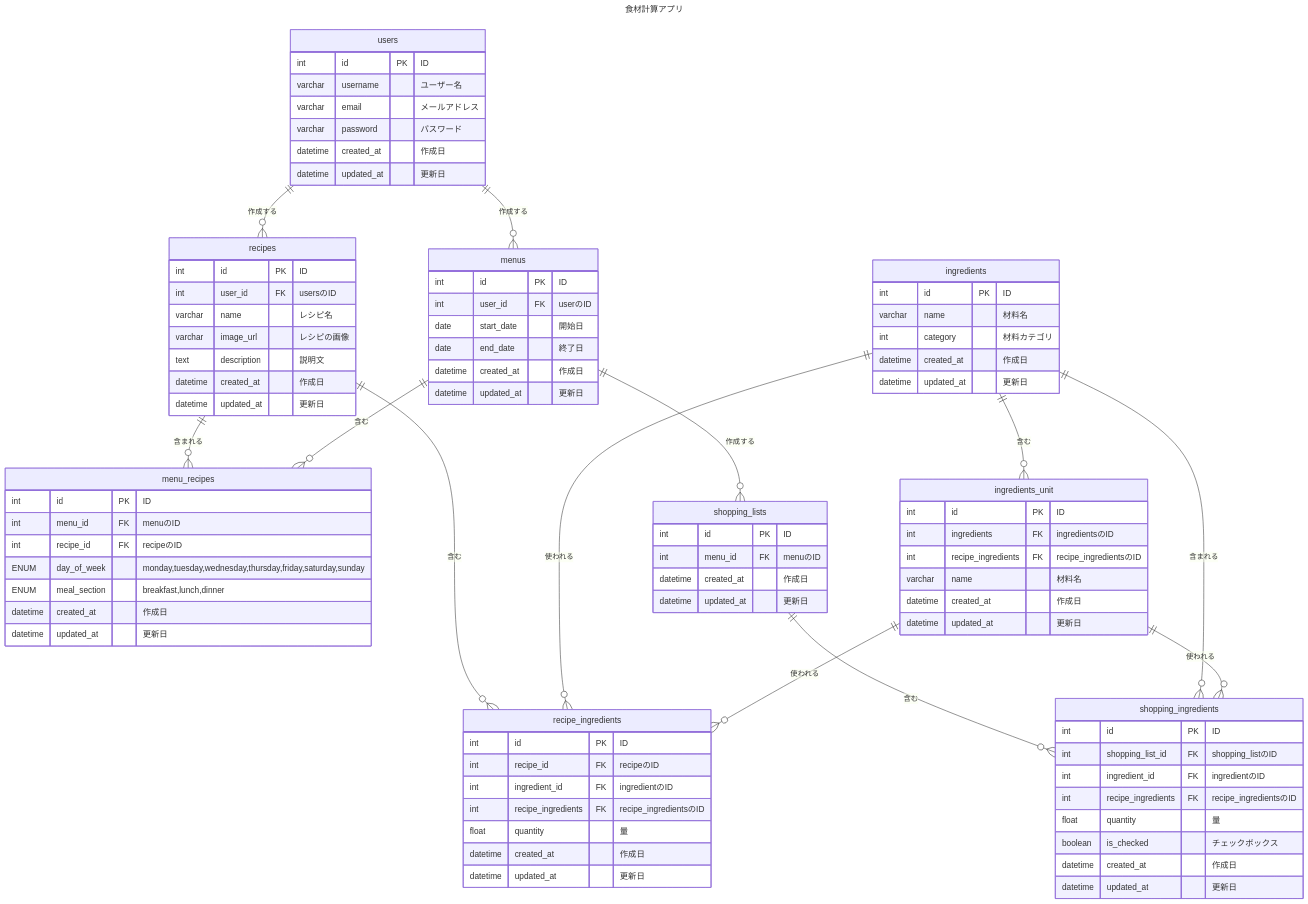
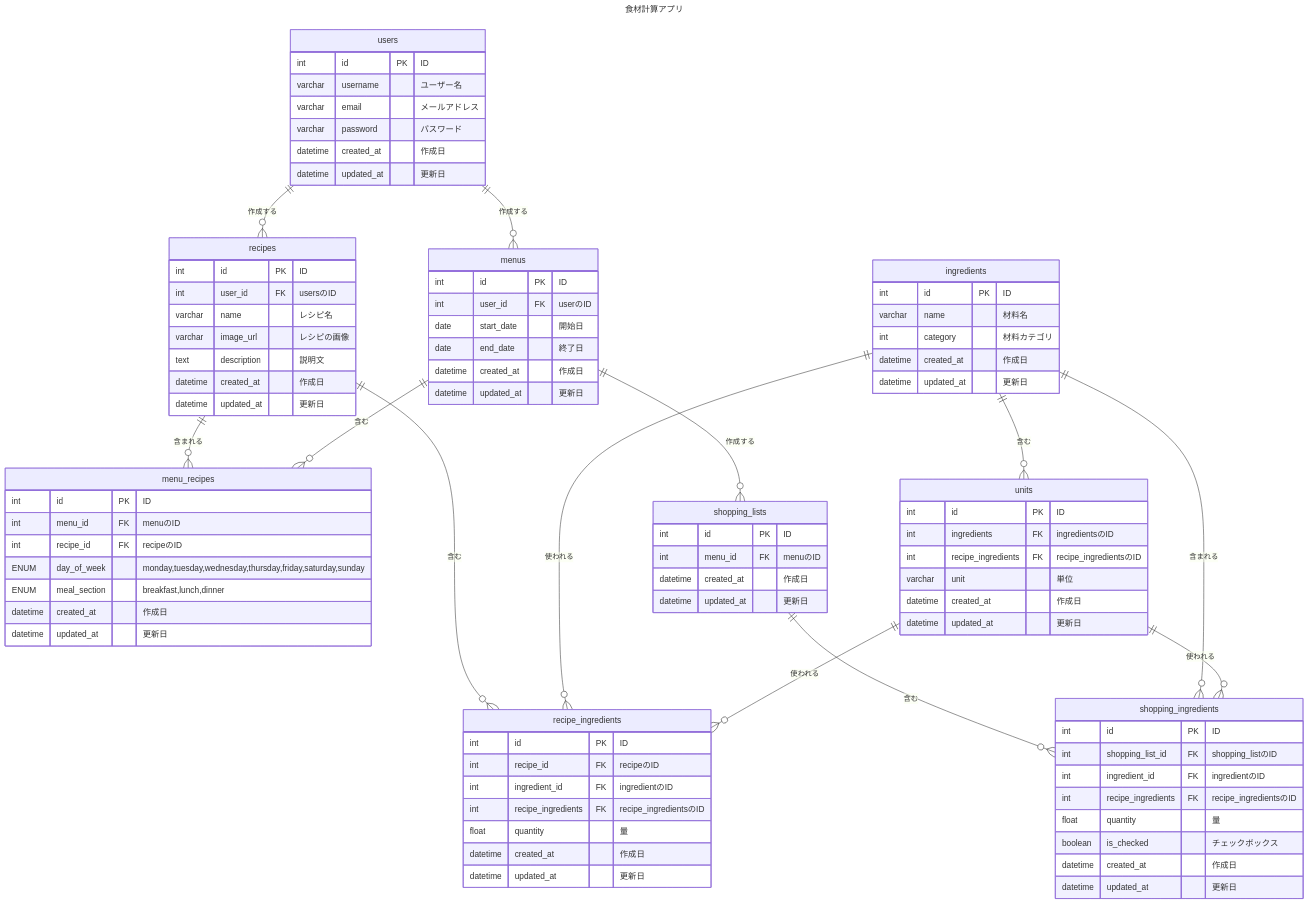
Before and after one commit to Syumai3/recipe-shopper-app: the diagram in backend/docs/er.md, drawn with Mermaid.

Commit message:
fix:er図を変更

```diff
--- a/backend/docs/er.md
+++ b/backend/docs/er.md
@@ -15,9 +15,9 @@
     menus  ||--o{ menu_recipes : "含む"
     shopping_lists  ||--o{ shopping_ingredients : "含む"
     ingredients ||--o{ shopping_ingredients : "含まれる"
-    ingredients ||--o{ ingredients_unit : "含む"
-    ingredients_unit ||--o{ shopping_ingredients : "使われる"
-    ingredients_unit ||--o{ recipe_ingredients : "使われる"
+    ingredients ||--o{ units : "含む"
+    units ||--o{ shopping_ingredients : "使われる"
+    units ||--o{ recipe_ingredients : "使われる"
 
 
     users {
@@ -58,11 +58,11 @@
         datetime updated_at "更新日"
     }
 
-     ingredients_unit {
+     units {
         int id PK "ID"
         int ingredients FK "ingredientsのID"
         int recipe_ingredients FK "recipe_ingredientsのID"
-        varchar name "材料名"
+        varchar unit "単位"
         datetime created_at "作成日"
         datetime updated_at "更新日"
     }
```
